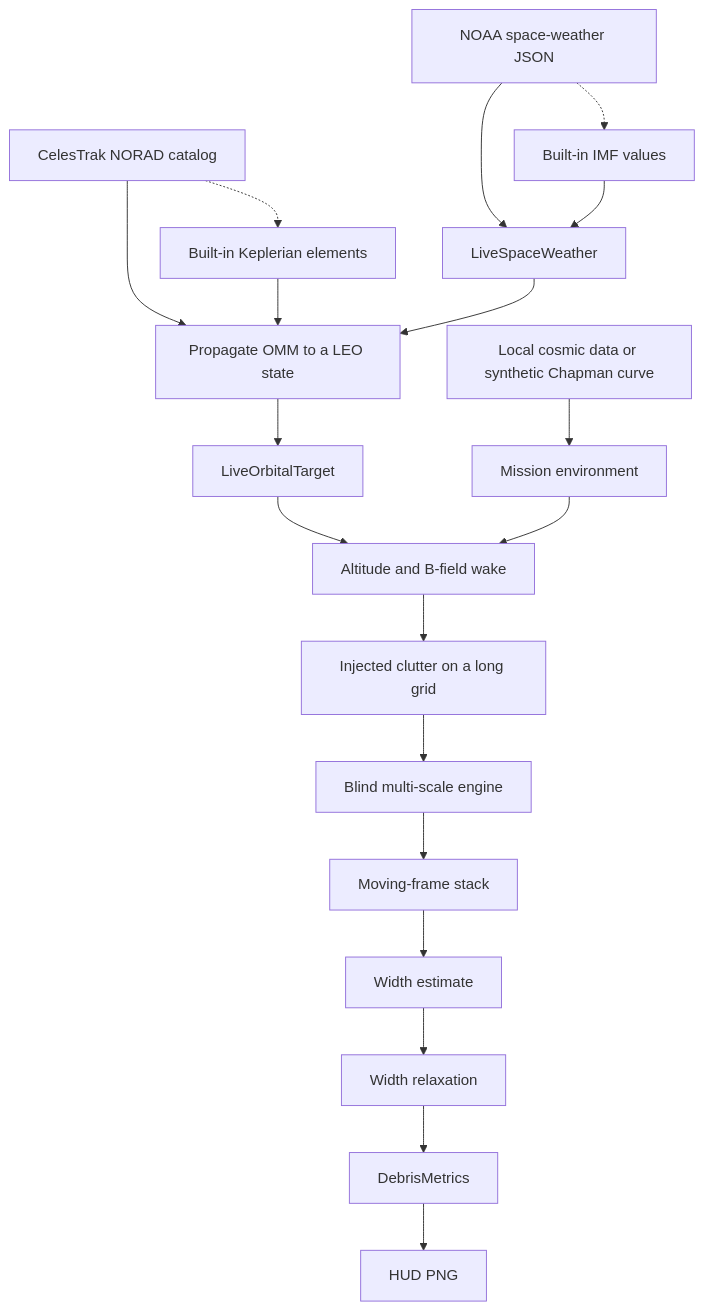
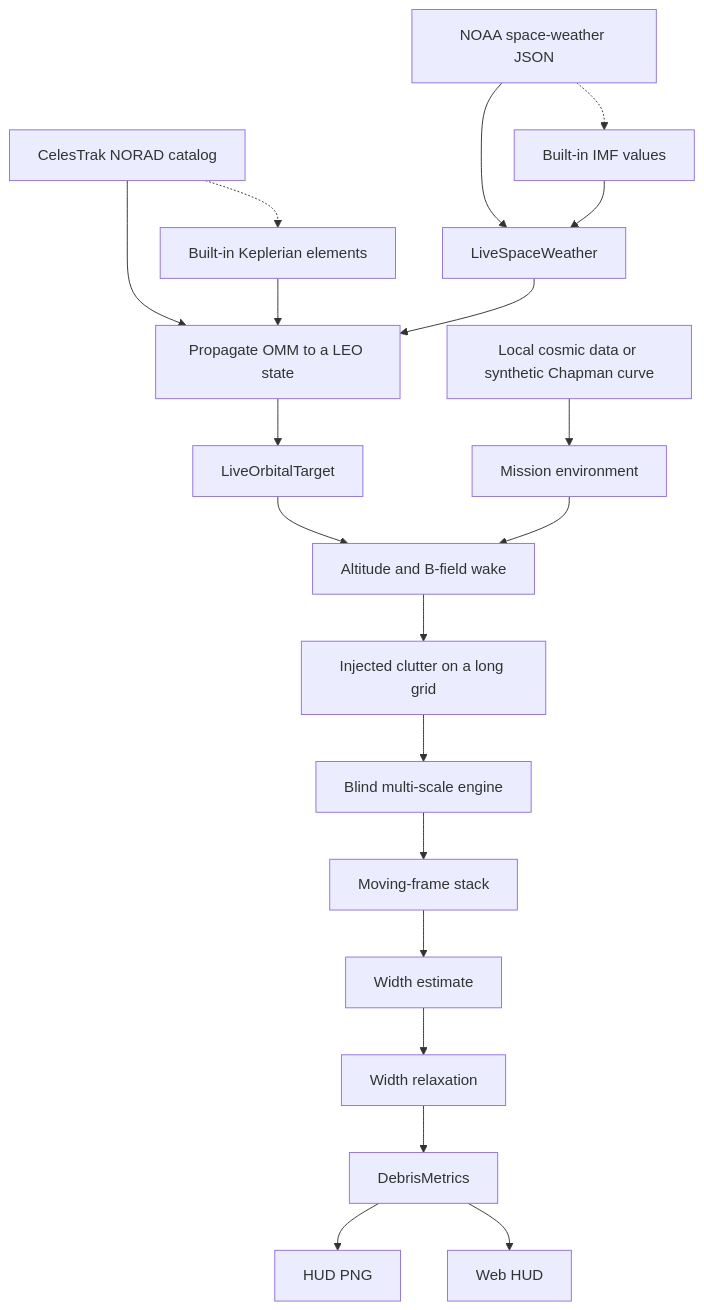
Before and after one commit to code4johnm/sinatra_audit: the diagram in diagrams/overview.mmd, drawn with Mermaid. The commit also changed 10 other files, not shown here.

Commit message:
Add a web HUD on the same live interceptor loop.

```diff
--- a/diagrams/overview.mmd
+++ b/diagrams/overview.mmd
@@ -1,37 +1,39 @@
 graph TD
   noaa[NOAA space-weather JSON]
   cele[CelesTrak NORAD catalog]
   cosmic[Local cosmic data or synthetic Chapman curve]
   sw[LiveSpaceWeather]
   swfb[Built-in IMF values]
   prop[Propagate OMM to a LEO state]
   kep[Built-in Keplerian elements]
   tgt[LiveOrbitalTarget]
   env[Mission environment]
   inject[Altitude and B-field wake]
   clutter[Injected clutter on a long grid]
   engine[Blind multi-scale engine]
   stack[Moving-frame stack]
   sigma[Width estimate]
   jko[Width relaxation]
   debris[DebrisMetrics]
   hud[HUD PNG]
+  web[Web HUD]
 
   noaa --> sw
   noaa -.-> swfb
   swfb --> sw
   cele --> prop
   cele -.-> kep
   kep --> prop
   sw --> prop
   prop --> tgt
   cosmic --> env
   tgt --> inject
   env --> inject
   inject --> clutter
   clutter --> engine
   engine --> stack
   stack --> sigma
   sigma --> jko
   jko --> debris
   debris --> hud
+  debris --> web
```
